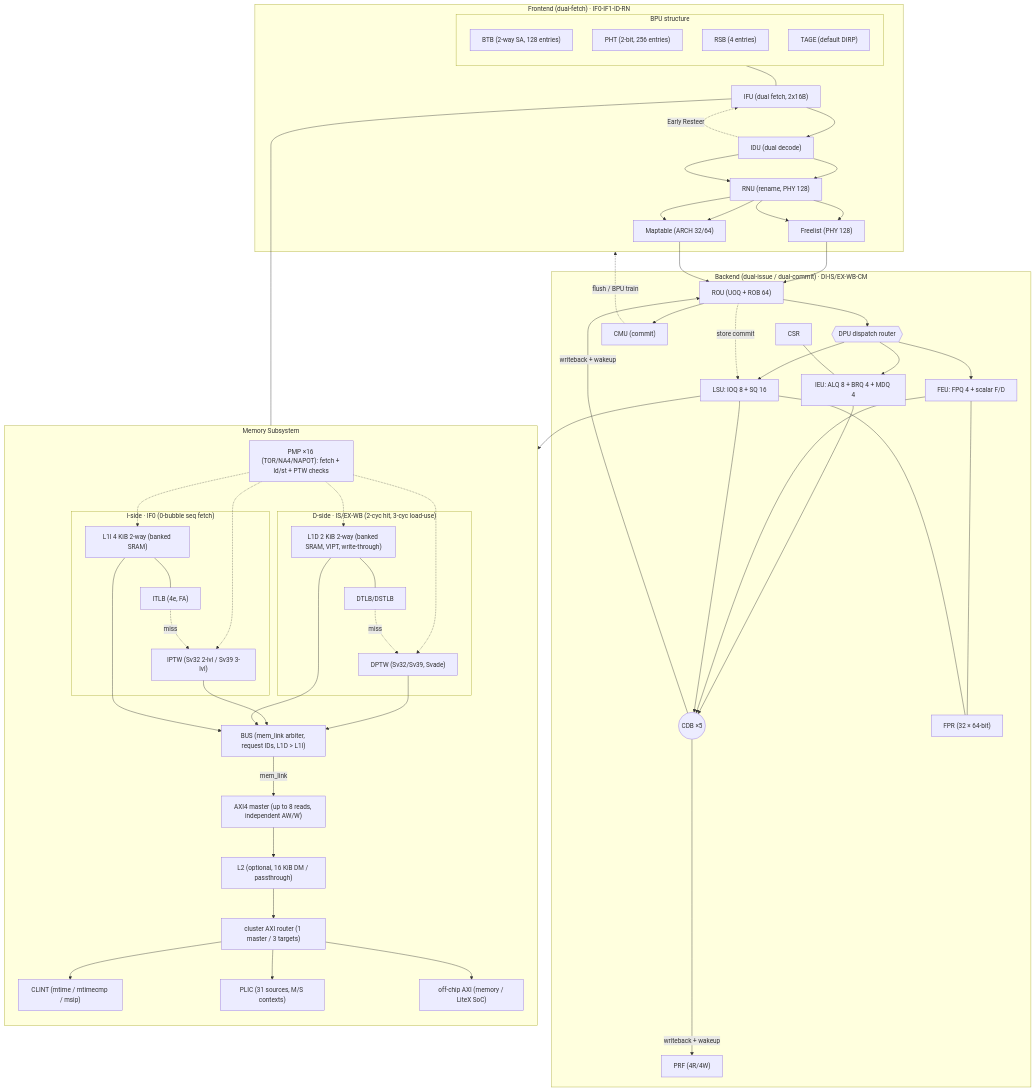
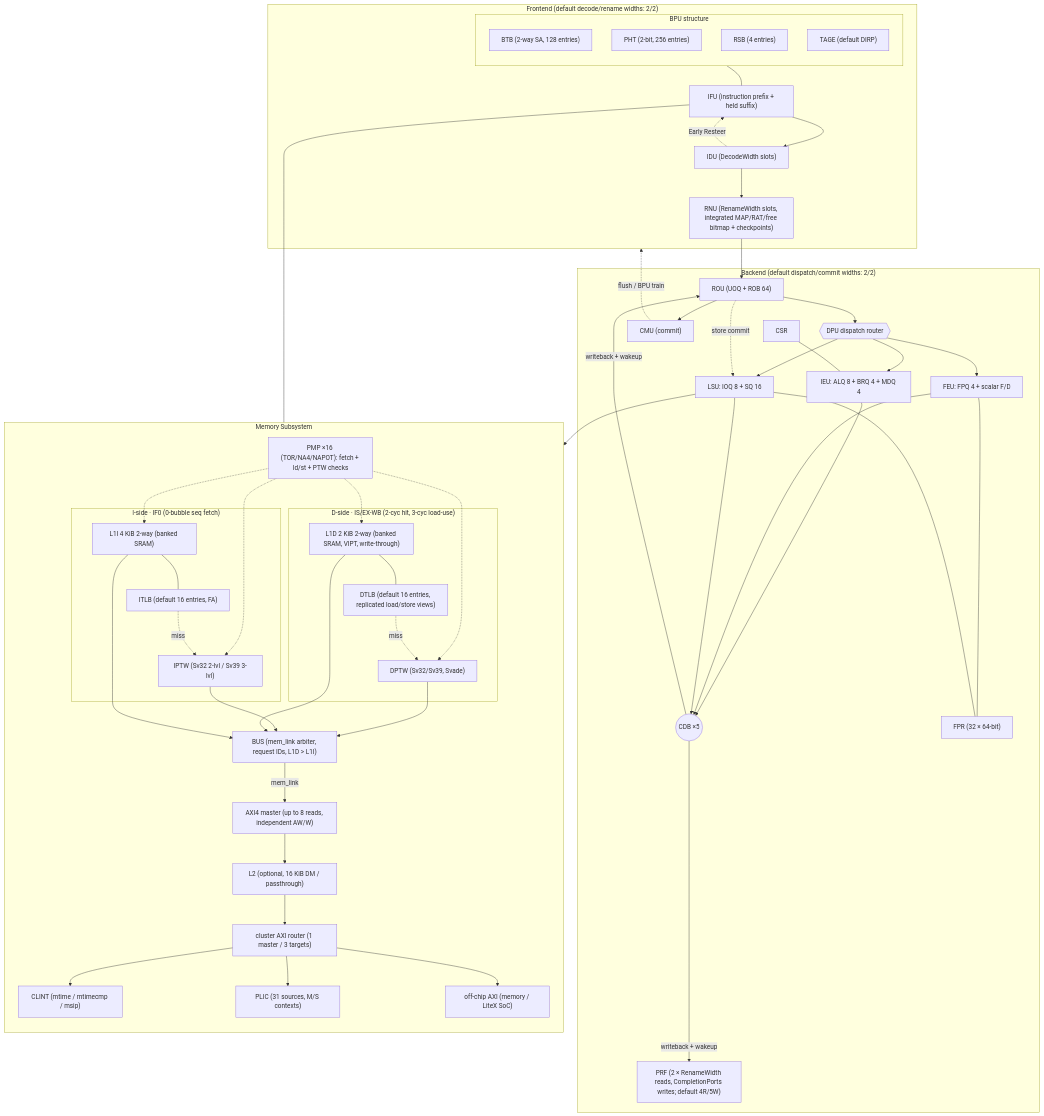
One commit to Kingfish404/raptor-chip changed the diagram in README.md. Above: the diagram before and after it, drawn with Mermaid. The commit also changed other lines of this file and 822 other files, not shown here.

````diff
--- a/README.md
+++ b/README.md
@@ -47,74 +44,72 @@
 ```mermaid
 flowchart TD
   subgraph BPU["BPU structure"]
     direction TD
     BTB["BTB (2-way SA, 128 entries)"]
     PHT["PHT (2-bit, 256 entries)"]
     RSB["RSB (4 entries)"]
     TAGE["TAGE (default DIRP)"]
   end
-  subgraph FE["Frontend (dual-fetch) · IF0-IF1-ID-RN"]
+  subgraph FE["Frontend (default decode/rename widths: 2/2)"]
     BPU["BPU (TAGE/BTB/RSB)"]
-    IFU["IFU (dual fetch, 2x16B)"]
-    IDU["IDU (dual decode)"]
-    RNU["RNU (rename, PHY 128)"]
-    FL["Freelist (PHY 128)"]
-    MAP["Maptable (ARCH 32/64)"]
+    IFU["IFU (instruction prefix + held suffix)"]
+    IDU["IDU (DecodeWidth slots)"]
+    RNU["RNU (RenameWidth slots, integrated MAP/RAT/free bitmap + checkpoints)"]
   end
-  subgraph BE["Backend (dual-issue / dual-commit) · DI-IS/EX-WB-CM"]
+  subgraph BE["Backend (default dispatch/commit widths: 2/2)"]
     ROU["ROU (UOQ + ROB 64)"]
     DPU{{"DPU dispatch router"}}
     IEU["IEU: ALQ 8 + BRQ 4 + MDQ 4"]
     FEU["FEU: FPQ 4 + scalar F/D"]
     LSU["LSU: IOQ 8 + SQ 16"]
     CDB(("CDB ×5"))
-    PRF["PRF (4R/4W)"]
+    PRF["PRF (2 × RenameWidth reads, CompletionPorts writes; default 4R/5W)"]
     FPR["FPR (32 × 64-bit)"]
     CMU["CMU (commit)"]
     CSR
   end
   subgraph MEM["Memory Subsystem"]
     direction TD
     subgraph IMEM["I-side · IF0 (0-bubble seq fetch)"]
       L1I["L1I 4 KiB 2-way (banked SRAM)"]
-      ITLB["ITLB (4e, FA)"]
+      ITLB["ITLB (default 16 entries, FA)"]
       IPTW["IPTW (Sv32 2-lvl / Sv39 3-lvl)"]
     end
     subgraph DMEM["D-side · IS/EX-WB (2-cyc hit, 3-cyc load-use)"]
       L1D["L1D 2 KiB 2-way (banked SRAM, VIPT, write-through)"]
-      DTLB["DTLB/DSTLB"]
+      DTLB["DTLB (default 16 entries, replicated load/store views)"]
       DPTW["DPTW (Sv32/Sv39, Svade)"]
     end
     PMPC["PMP ×16 (TOR/NA4/NAPOT): fetch + ld/st + PTW checks"]
     BUS["BUS (mem_link arbiter, request IDs, L1D > L1I)"]
     AXIM["AXI4 master (up to 8 reads, independent AW/W)"]
     L2["L2 (optional, 16 KiB DM / passthrough)"]
     RTR["cluster AXI router (1 master / 3 targets)"]
     CLINT["CLINT (mtime / mtimecmp / msip)"]
     PLIC["PLIC (31 sources, M/S contexts)"]
     EXT["off-chip AXI (memory / LiteX SoC)"]
   end
   BPU --- IFU
-  IFU --> IDU --> RNU --> FL & MAP
+  IFU --> IDU --> RNU
   IDU -."Early Resteer".-> IFU
-  IDU --> RNU --> FL & MAP --> ROU --> DPU
+  RNU --> ROU --> DPU
   DPU --> IEU & FEU & LSU
   IEU & FEU & LSU --> CDB
   CDB -->|"writeback + wakeup"| ROU & PRF
   FEU --- FPR
   LSU --- FPR
   ROU --> CMU
   ROU -."store commit".-> LSU
   CMU -."flush / BPU train".-> FE
   CSR --- IEU
   IFU --- L1I
   L1I --- ITLB
   ITLB -."miss".-> IPTW
   LSU --> L1D
   L1D --- DTLB
   DTLB -."miss".-> DPTW
   PMPC -.-> L1I & L1D & IPTW & DPTW
   L1I & L1D & IPTW & DPTW --> BUS
   BUS -->|mem_link| AXIM --> L2 --> RTR
   RTR --> CLINT & PLIC & EXT
 ```
````
